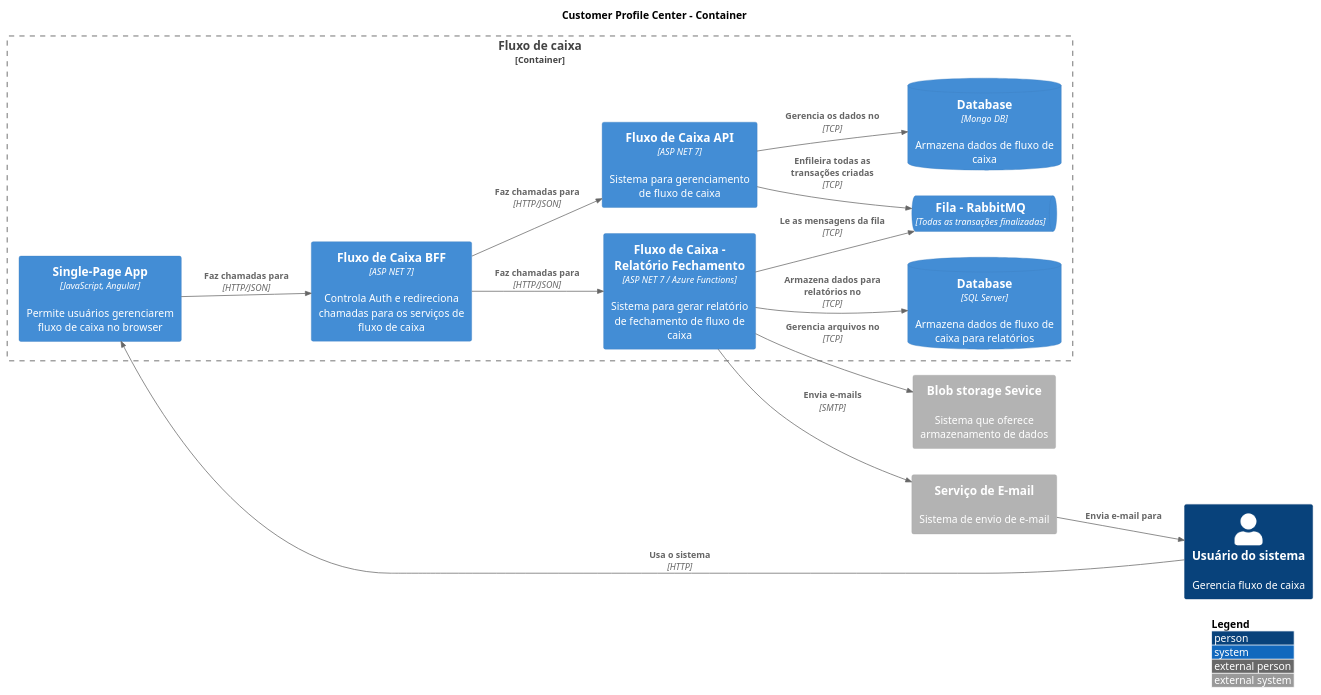
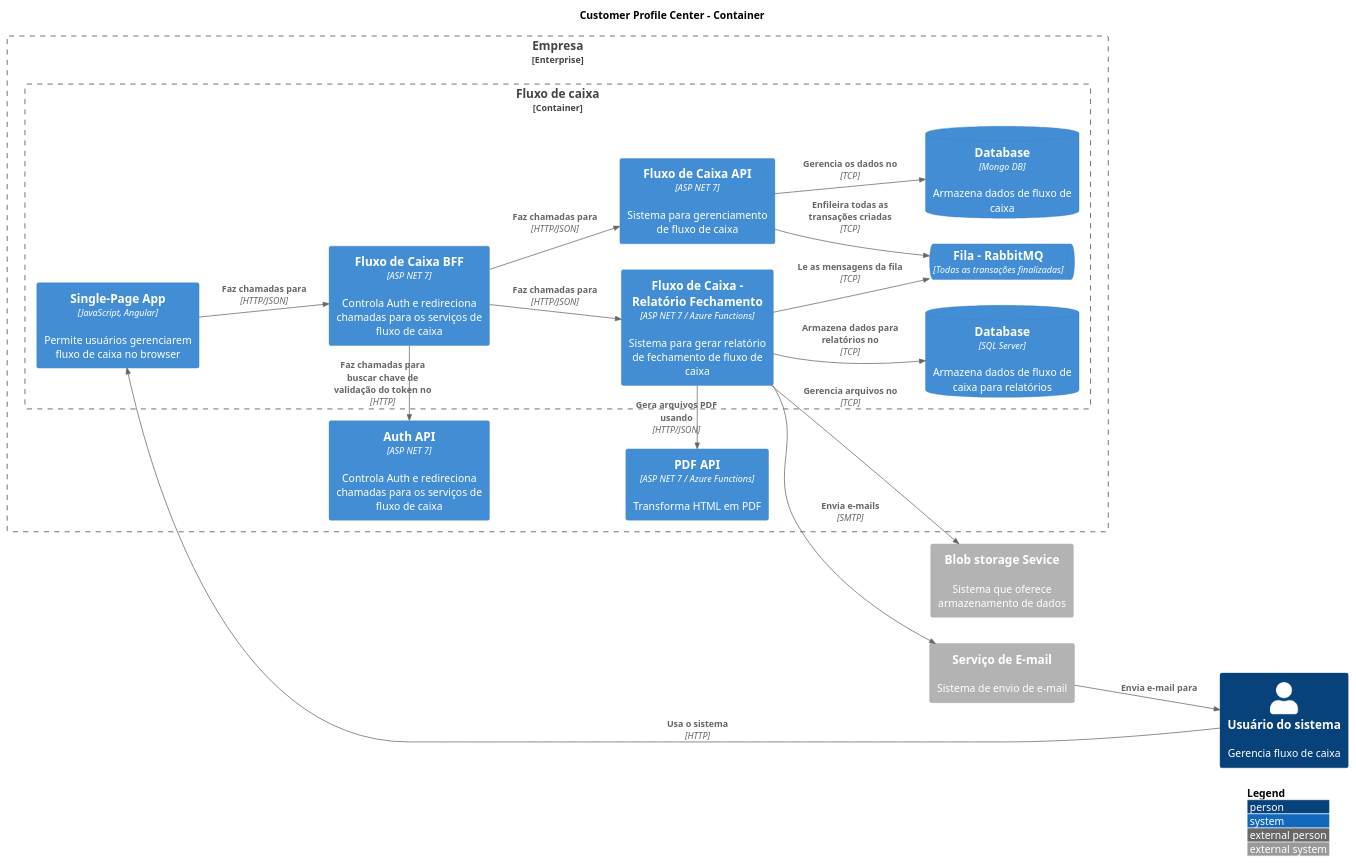
Before and after one commit to CristianoRC/Fluxo-De-Caixa: the diagram in Doc/Container.puml, drawn with PlantUML.

Commit message:
Adiciona api de pdf e Auth

```diff
--- a/Doc/Container.puml
+++ b/Doc/Container.puml
@@ -1,43 +1,55 @@
 @startuml container
 
 !include https://raw.githubusercontent.com/plantuml-stdlib/C4-PlantUML/master/C4_Container.puml
 !include https://raw.githubusercontent.com/plantuml-stdlib/C4-PlantUML/master/C4_Context.puml
 
 LAYOUT_LANDSCAPE()
 LAYOUT_WITH_LEGEND()
 
 TITLE Customer Profile Center - Container
 
-Container_Boundary(boundary-fluxo-de-caixa, "Fluxo de caixa") {
-    Container(fluxoDeCaixaApi, "Fluxo de Caixa API", "ASP NET 7", "Sistema para gerenciamento de fluxo de caixa")
-    Container(fluxoDeCaixaApp, "Single-Page App", "JavaScript, Angular", "Permite usuários gerenciarem fluxo de caixa no browser")
-    Container(fluxoDeCaixaReportApi, "Fluxo de Caixa - Relatório Fechamento", "ASP NET 7 / Azure Functions", "Sistema para gerar relatório de fechamento de fluxo de caixa")
-    Container(fluxoDeCaixaBff, "Fluxo de Caixa BFF", "ASP NET 7", "Controla Auth e redireciona chamadas para os serviços de fluxo de caixa")
+Enterprise_Boundary(boundaryEmpersa, "Empresa") {
+  
+    Container_Boundary(boundaryFluxoDeCaixa, "Fluxo de caixa") {
+        Container(fluxoDeCaixaApi, "Fluxo de Caixa API", "ASP NET 7", "Sistema para gerenciamento de fluxo de caixa")
+        Container(fluxoDeCaixaApp, "Single-Page App", "JavaScript, Angular", "Permite usuários gerenciarem fluxo de caixa no browser")
+        Container(fluxoDeCaixaReportApi, "Fluxo de Caixa - Relatório Fechamento", "ASP NET 7 / Azure Functions", "Sistema para gerar relatório de fechamento de fluxo de caixa")
+        Container(fluxoDeCaixaBff, "Fluxo de Caixa BFF", "ASP NET 7", "Controla Auth e redireciona chamadas para os serviços de fluxo de caixa")
 
-    ContainerDb(mongodb, "Database", "Mongo DB", "Armazena dados de fluxo de caixa")
-    ContainerDb(sqlServer, "Database", "SQL Server", "Armazena dados de fluxo de caixa para relatórios")
-    ContainerQueue(transactionQueue, "Fila - RabbitMQ", "Todas as transações finalizadas")
+        ContainerDb(mongodb, "Database", "Mongo DB", "Armazena dados de fluxo de caixa")
+        ContainerDb(sqlServer, "Database", "SQL Server", "Armazena dados de fluxo de caixa para relatórios")
+        ContainerQueue(transactionQueue, "Fila - RabbitMQ", "Todas as transações finalizadas")
+    }
+    
+    Container(pdfApi, "PDF API", "ASP NET 7 / Azure Functions", "Transforma HTML em PDF")
+    Container(authApi, "Auth API", "ASP NET 7", "Controla Auth e redireciona chamadas para os serviços de fluxo de caixa")
 }
 
 Container_Ext(blobStorage, "Blob storage Sevice", "", "Sistema que oferece armazenamento de dados")
 Container_Ext(mailSystem, "Serviço de E-mail", "", "Sistema de envio de e-mail")
 Person(pessoa, "Usuário do sistema", "Gerencia fluxo de caixa")
 
+'API
 Rel(fluxoDeCaixaApi, mongodb, "Gerencia os dados no", "TCP")
 Rel(fluxoDeCaixaApi, transactionQueue, "Enfileira todas as transações criadas", "TCP")
+
+'Report API
 Rel(fluxoDeCaixaReportApi, mailSystem, "Envia e-mails", "SMTP")
-
 Rel(fluxoDeCaixaReportApi, transactionQueue, "Le as mensagens da fila", "TCP")
 Rel(fluxoDeCaixaReportApi, sqlServer, "Armazena dados para relatórios no", "TCP")
 Rel(fluxoDeCaixaReportApi, blobStorage, "Gerencia arquivos no", "TCP")
+Rel_D(fluxoDeCaixaReportApi, pdfApi, "Gera arquivos PDF usando", "HTTP/JSON")
 
-
+'App
 Rel(fluxoDeCaixaApp, fluxoDeCaixaBff, "Faz chamadas para", "HTTP/JSON")
 
+'BFF
 Rel(fluxoDeCaixaBff, fluxoDeCaixaApi, "Faz chamadas para", "HTTP/JSON")
 Rel(fluxoDeCaixaBff, fluxoDeCaixaReportApi, "Faz chamadas para", "HTTP/JSON")
+Rel_D(fluxoDeCaixaBff, authApi, "Faz chamadas para buscar chave de validação do token no", "HTTP")
 
+'Pessoa
 Rel(pessoa, fluxoDeCaixaApp, "Usa o sistema", "HTTP")
 Rel(mailSystem, pessoa, "Envia e-mail para")
 
 @enduml
```
